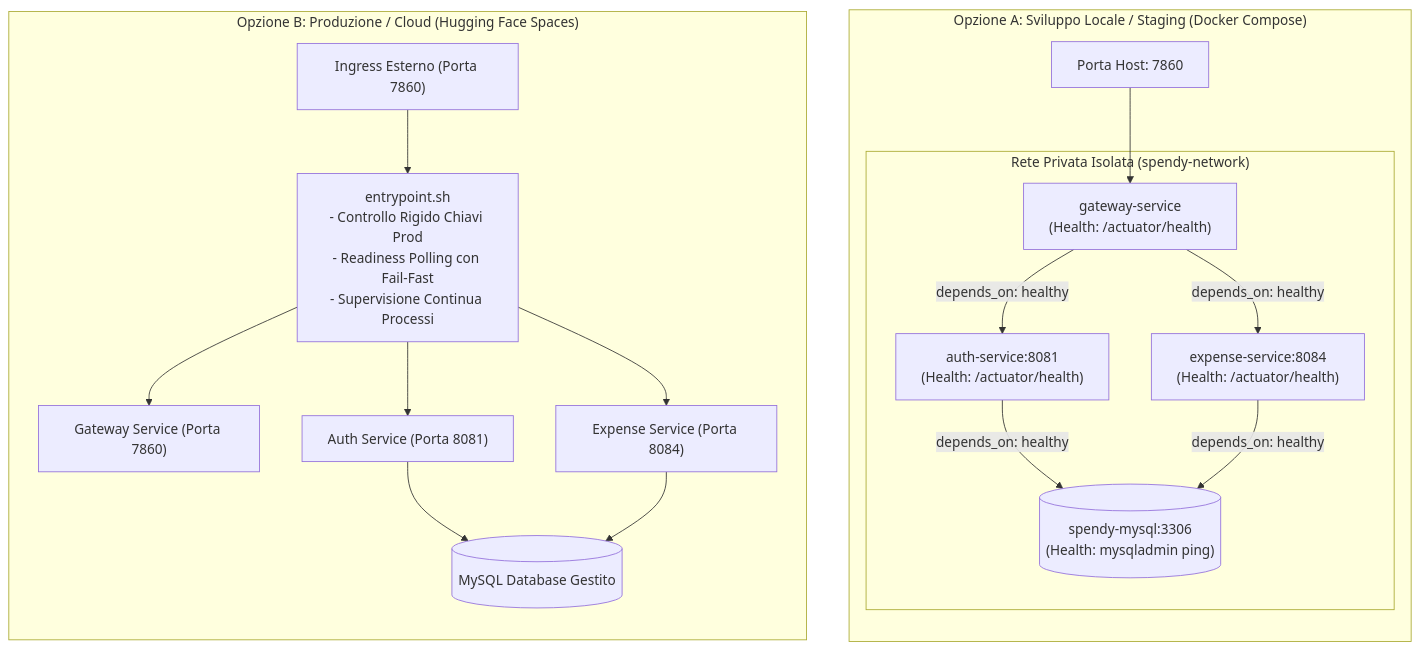
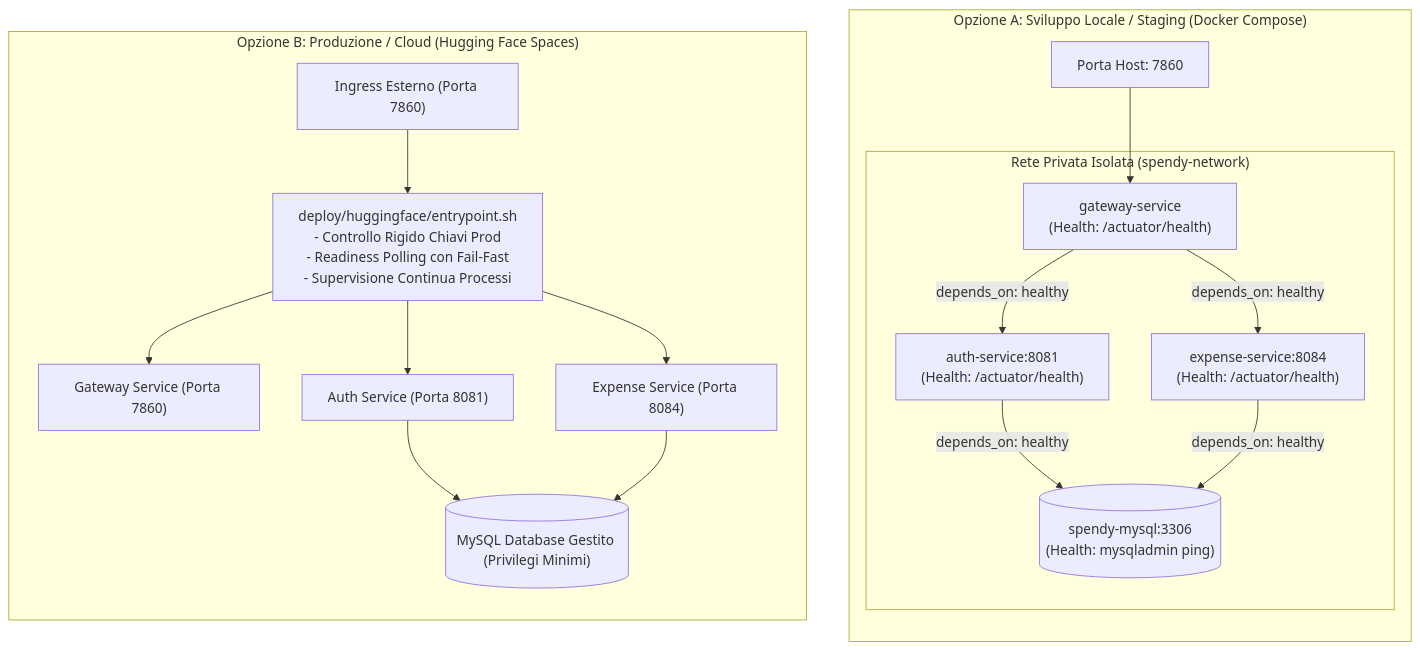
The diagram in docs/deployment.md (Giusk10/SpendyApp), drawn with Mermaid before and after one commit. The commit also changed other lines of this file and 15 other files, not shown here.

First line of the commit message:
fix(devops): harden CD synchronization, startup healthchecks, post-deployment readiness, and database privileges

````diff
--- a/docs/deployment.md
+++ b/docs/deployment.md
@@ -11,23 +11,23 @@
 ```mermaid
 flowchart TB
     subgraph MultiContainer ["Opzione A: Sviluppo Locale / Staging (Docker Compose)"]
         direction TB
         HostNet["Porta Host: 7860"] --> C_GW["gateway-service<br/>(Health: /actuator/health)"]
         subgraph SpendyBridge ["Rete Privata Isolata (spendy-network)"]
             C_GW -->|depends_on: healthy| C_AUTH["auth-service:8081<br/>(Health: /actuator/health)"]
             C_GW -->|depends_on: healthy| C_EXP["expense-service:8084<br/>(Health: /actuator/health)"]
             C_AUTH -->|depends_on: healthy| C_DB[("spendy-mysql:3306<br/>(Health: mysqladmin ping)")]
             C_EXP -->|depends_on: healthy| C_DB
         end
     end
 
     subgraph AllInOne ["Opzione B: Produzione / Cloud (Hugging Face Spaces)"]
         direction TB
-        HF_Port["Ingress Esterno (Porta 7860)"] --> Entrypoint["entrypoint.sh<br/>- Controllo Rigido Chiavi Prod<br/>- Readiness Polling con Fail-Fast<br/>- Supervisione Continua Processi"]
+        HF_Port["Ingress Esterno (Porta 7860)"] --> Entrypoint["deploy/huggingface/entrypoint.sh<br/>- Controllo Rigido Chiavi Prod<br/>- Readiness Polling con Fail-Fast<br/>- Supervisione Continua Processi"]
         Entrypoint --> GW_Proc["Gateway Service (Porta 7860)"]
         Entrypoint --> AUTH_Proc["Auth Service (Porta 8081)"]
         Entrypoint --> EXP_Proc["Expense Service (Porta 8084)"]
-        AUTH_Proc --> Remote_DB[("MySQL Database Gestito")]
+        AUTH_Proc --> Remote_DB[("MySQL Database Gestito (Privilegi Minimi)")]
         EXP_Proc --> Remote_DB
     end
 ```
````
